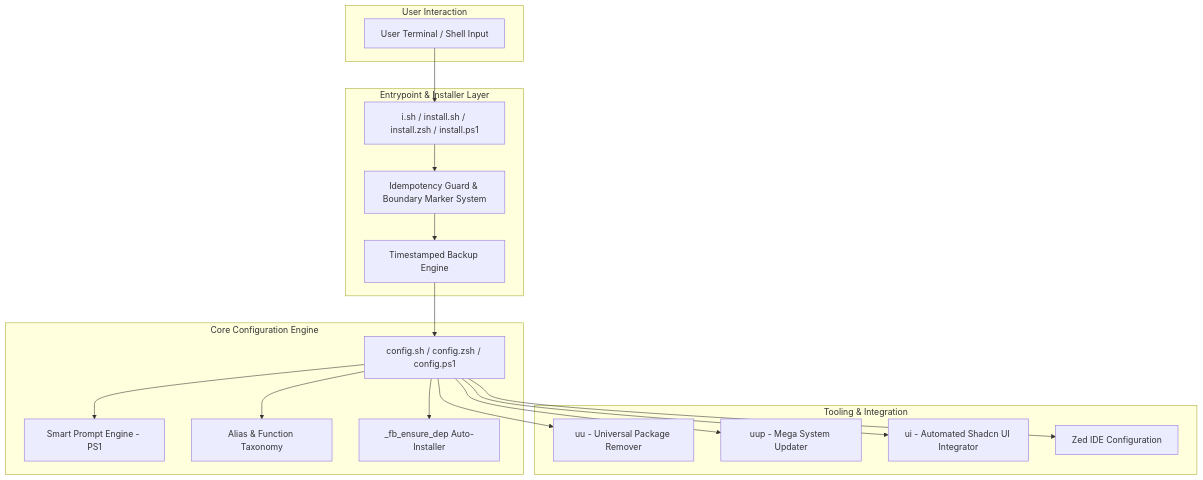
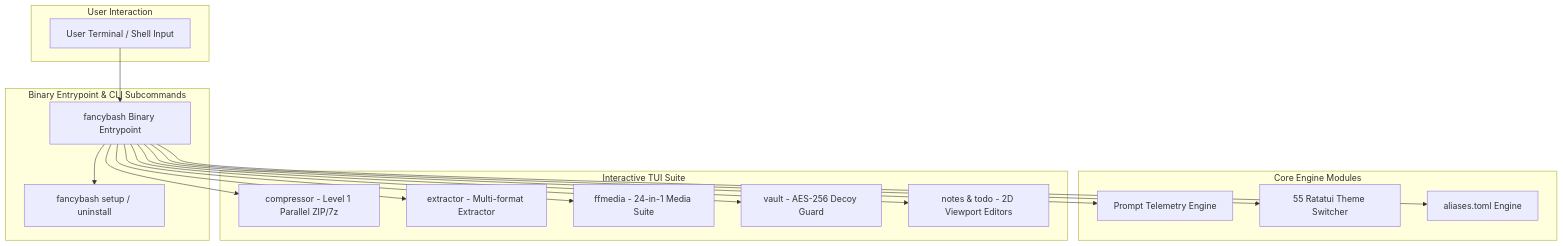
One commit to rihadjahanopu/gladeshell changed the diagram in wiki.md. Above: the diagram before and after it, drawn with Mermaid. The commit also changed other lines of this file and 52 other files, not shown here.

First line of the commit message:
feat: migrate fancybash-rs to Pure Rust architecture v1.1.0

````diff
--- a/wiki.md
+++ b/wiki.md
@@ -93,38 +84,36 @@
 ```mermaid
 flowchart TD
     subgraph User Interaction
         CLI[User Terminal / Shell Input]
     end
 
-    subgraph Entrypoint & Installer Layer
-        IS[i.sh / install.sh / install.zsh / install.ps1]
-        BM[Idempotency Guard & Boundary Marker System]
-        BK[Timestamped Backup Engine]
+    subgraph Binary Entrypoint & CLI Subcommands
+        MAIN[fancybash Binary Entrypoint]
+        SETUP[fancybash setup / uninstall]
     end
 
-    subgraph Core Configuration Engine
-        CFG[config.sh / config.zsh / config.ps1]
-        PRM[Smart Prompt Engine - PS1]
-        ALS[Alias & Function Taxonomy]
-        DEP[_fb_ensure_dep Auto-Installer]
+    subgraph Core Engine Modules
+        PROMPT[Prompt Telemetry Engine]
+        THEMES[55 Ratatui Theme Switcher]
+        ALIASES[aliases.toml Engine]
     end
 
-    subgraph Tooling & Integration
-        UU[uu - Universal Package Remover]
-        UUP[uup - Mega System Updater]
-        UI[ui - Automated Shadcn UI Integrator]
-        ZED[Zed IDE Configuration]
+    subgraph Interactive TUI Suite
+        COMP[compressor - Level 1 Parallel ZIP/7z]
+        EXT[extractor - Multi-format Extractor]
+        FFM[ffmedia - 24-in-1 Media Suite]
+        VAULT[vault - AES-256 Decoy Guard]
+        NOTES[notes & todo - 2D Viewport Editors]
     end
 
-    CLI --> IS
-    IS --> BM
-    BM --> BK
-    BK --> CFG
-    CFG --> PRM
-    CFG --> ALS
-    CFG --> DEP
-    CFG --> UU
-    CFG --> UUP
-    CFG --> UI
-    CFG --> ZED
+    CLI --> MAIN
+    MAIN --> SETUP
+    MAIN --> PROMPT
+    MAIN --> THEMES
+    MAIN --> ALIASES
+    MAIN --> COMP
+    MAIN --> EXT
+    MAIN --> FFM
+    MAIN --> VAULT
+    MAIN --> NOTES
 ```
````
